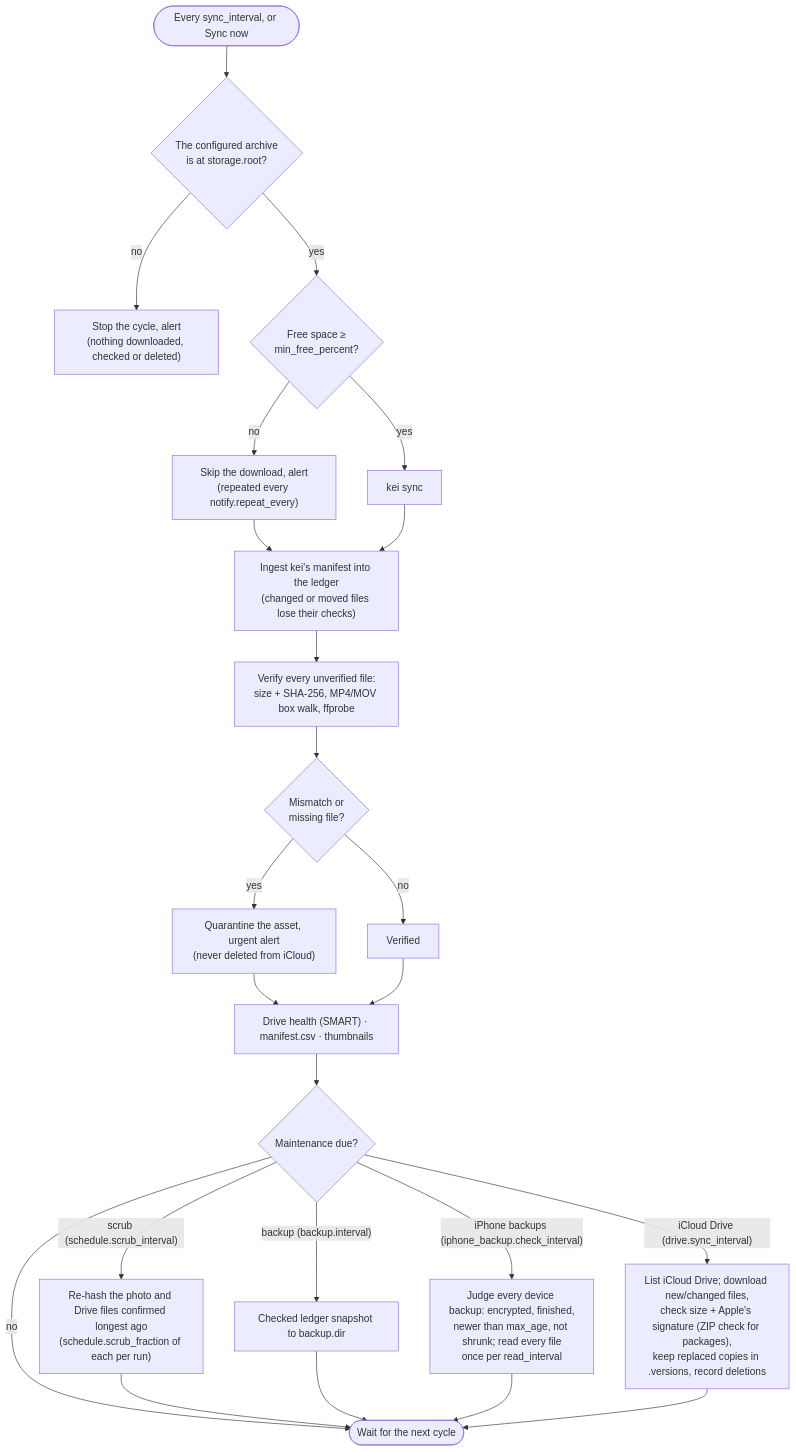
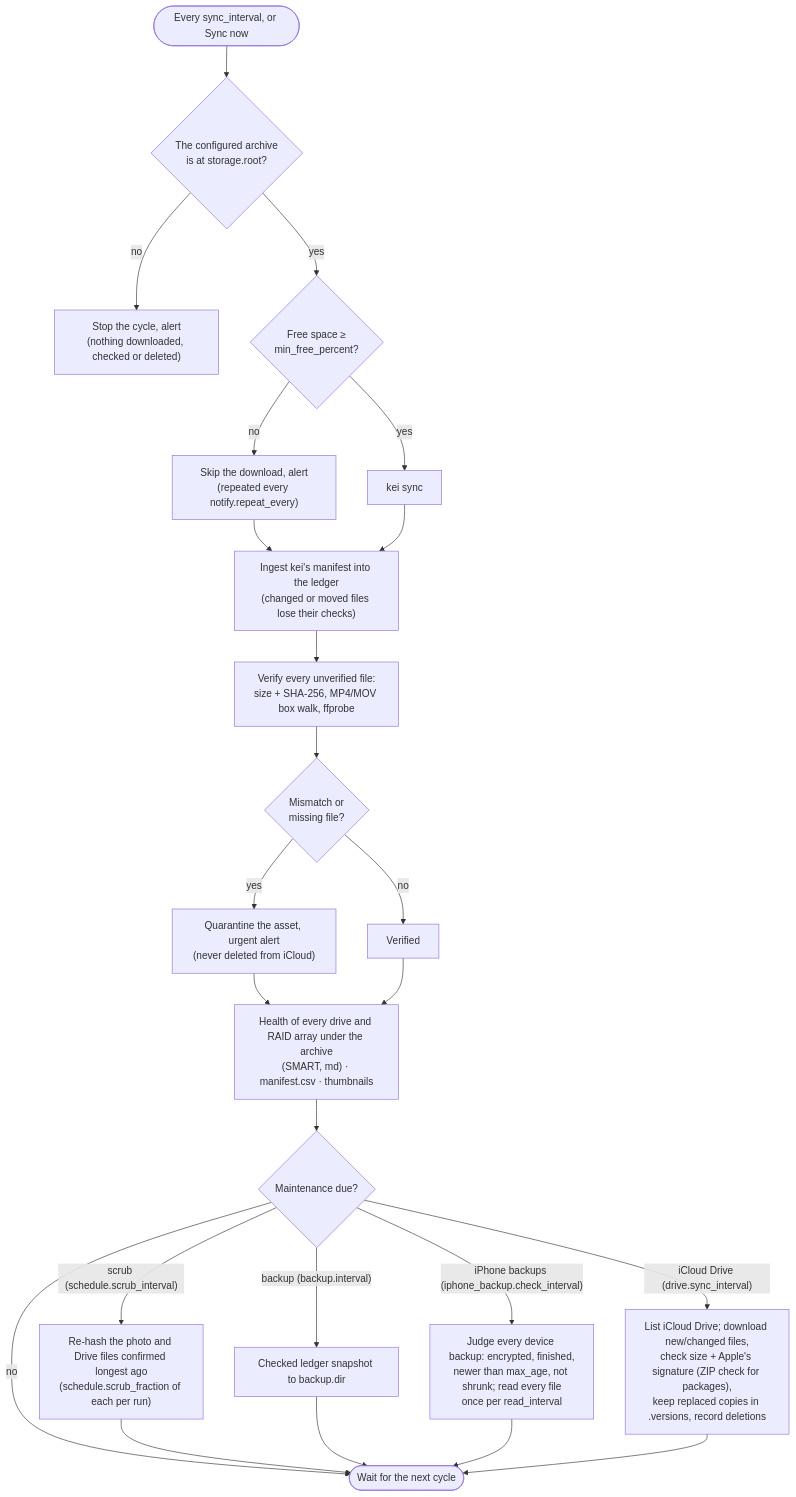
One commit to vasilistotskas/homecloud changed the second of 2 diagrams in README.md. Above: the diagram before and after it, drawn with Mermaid. The commit also changed other lines of this file and 77 other files, not shown here.

````diff
--- a/README.md
+++ b/README.md
@@ -83,26 +85,26 @@
 ```mermaid
 flowchart TD
     start(["Every sync_interval, or Sync now"]) --> vol{"The configured archive<br/>is at storage.root?"}
     vol -- no --> stop["Stop the cycle, alert<br/>(nothing downloaded, checked or deleted)"]
     vol -- yes --> space{"Free space ≥<br/>min_free_percent?"}
     space -- no --> skip["Skip the download, alert<br/>(repeated every notify.repeat_every)"]
     space -- yes --> kei["kei sync"]
     skip --> ingest
     kei --> ingest["Ingest kei's manifest into the ledger<br/>(changed or moved files lose their checks)"]
     ingest --> verify["Verify every unverified file:<br/>size + SHA-256, MP4/MOV box walk, ffprobe"]
     verify --> bad{"Mismatch or<br/>missing file?"}
     bad -- yes --> q["Quarantine the asset, urgent alert<br/>(never deleted from iCloud)"]
     bad -- no --> ok["Verified"]
     q --> after
-    ok --> after["Drive health (SMART) · manifest.csv · thumbnails"]
+    ok --> after["Health of every drive and RAID array under the archive<br/>(SMART, md) · manifest.csv · thumbnails"]
     after --> due{"Maintenance due?"}
     due -- "scrub (schedule.scrub_interval)" --> scrub["Re-hash the photo and Drive files confirmed longest ago<br/>(schedule.scrub_fraction of each per run)"]
     due -- "iCloud Drive (drive.sync_interval)" --> dsync["List iCloud Drive; download new/changed files,<br/>check size + Apple's signature (ZIP check for packages),<br/>keep replaced copies in .versions, record deletions"]
     due -- "backup (backup.interval)" --> snap["Checked ledger snapshot to backup.dir"]
     due -- "iPhone backups (iphone_backup.check_interval)" --> phone["Judge every device backup: encrypted, finished,<br/>newer than max_age, not shrunk; read every file<br/>once per read_interval"]
     due -- no --> wait(["Wait for the next cycle"])
     scrub --> wait
     snap --> wait
     phone --> wait
     dsync --> wait
 ```
````
